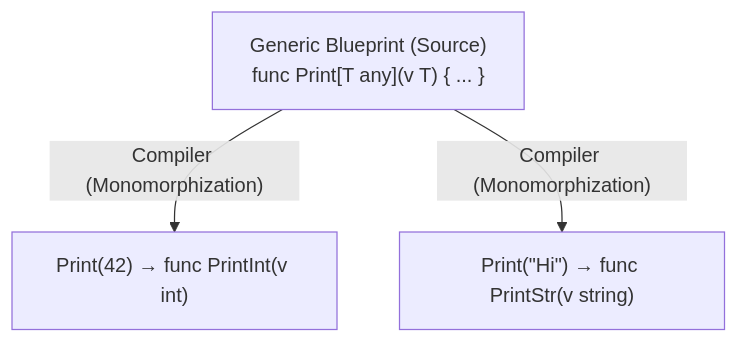
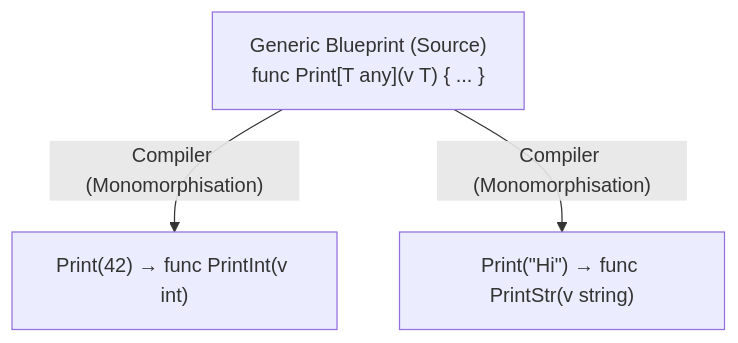
The diagram in internal/basics/generics/README.md (romangurevitch/GoTraining), drawn with Mermaid before and after one commit. The commit also changed other lines of this file and 92 other files, not shown here.

````diff
--- a/internal/basics/generics/README.md
+++ b/internal/basics/generics/README.md
@@ -17,6 +17,6 @@
 ```mermaid
 flowchart TD
     A["Generic Blueprint (Source)\nfunc Print[T any](v T) { ... }"]
-    A --"Compiler (Monomorphization)"--> B["Print(42) → func PrintInt(v int)"]
-    A --"Compiler (Monomorphization)"--> C["Print(&quot;Hi&quot;) → func PrintStr(v string)"]
+    A --"Compiler (Monomorphisation)"--> B["Print(42) → func PrintInt(v int)"]
+    A --"Compiler (Monomorphisation)"--> C["Print(&quot;Hi&quot;) → func PrintStr(v string)"]
 ```
````
